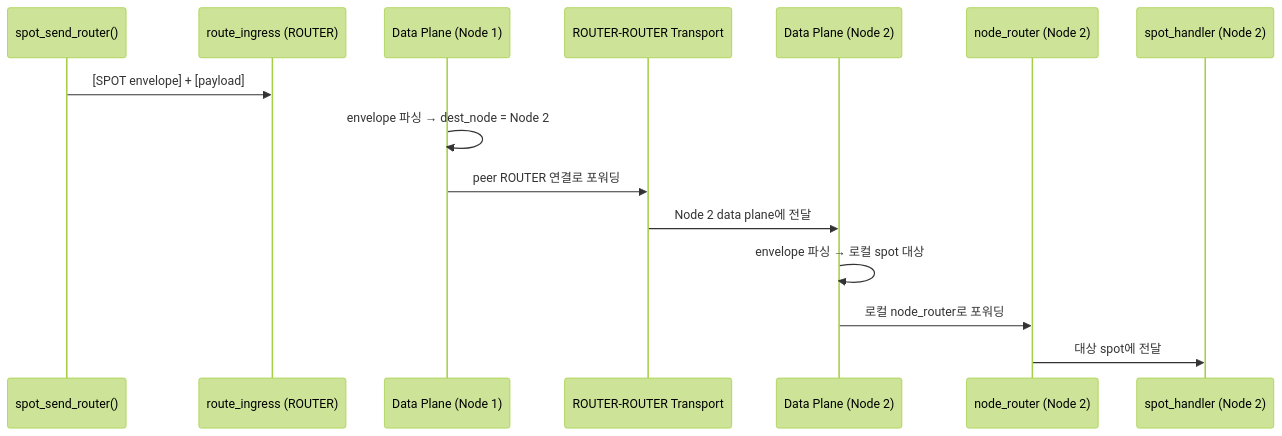
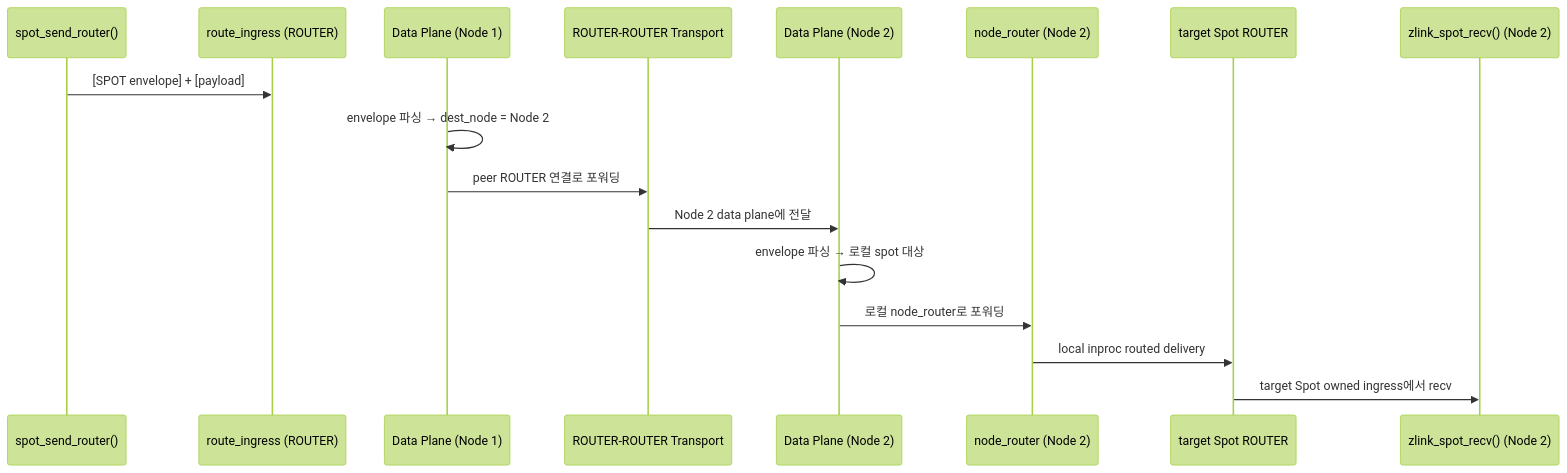
One commit to kairos-code-dev/zlink changed the ninth of 15 diagrams in doc/internals/spot-internals.ko.md. Above: the diagram before and after it, drawn with Mermaid (forest theme). The commit also changed other lines of this file and 132 other files, not shown here.

````diff
--- a/doc/internals/spot-internals.ko.md
+++ b/doc/internals/spot-internals.ko.md
@@ -248,18 +257,20 @@
 ```mermaid
 sequenceDiagram
     participant Sender as spot_send_router()
     participant RouteIn as route_ingress (ROUTER)
     participant DP1 as Data Plane (Node 1)
     participant Net as ROUTER-ROUTER Transport
     participant DP2 as Data Plane (Node 2)
     participant NodeRouter2 as node_router (Node 2)
-    participant Receiver as spot_handler (Node 2)
+    participant SpotRouter2 as target Spot ROUTER
+    participant Receiver as zlink_spot_recv() (Node 2)
 
     Sender->>RouteIn: [SPOT envelope] + [payload]
     DP1->>DP1: envelope 파싱 → dest_node = Node 2
     DP1->>Net: peer ROUTER 연결로 포워딩
     Net->>DP2: Node 2 data plane에 전달
     DP2->>DP2: envelope 파싱 → 로컬 spot 대상
     DP2->>NodeRouter2: 로컬 node_router로 포워딩
-    NodeRouter2->>Receiver: 대상 spot에 전달
+    NodeRouter2->>SpotRouter2: local inproc routed delivery
+    SpotRouter2->>Receiver: target Spot owned ingress에서 recv
 ```
````
